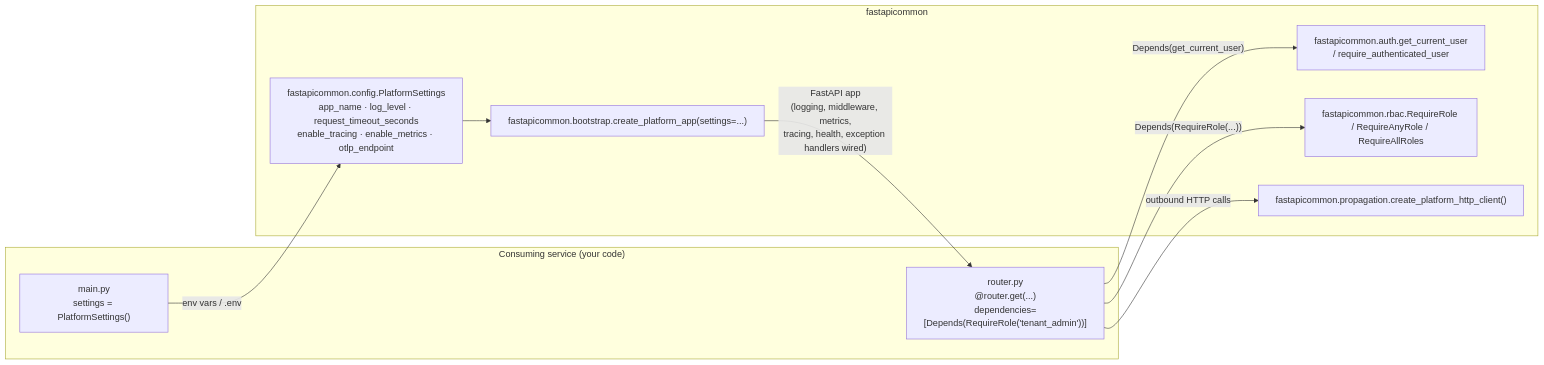
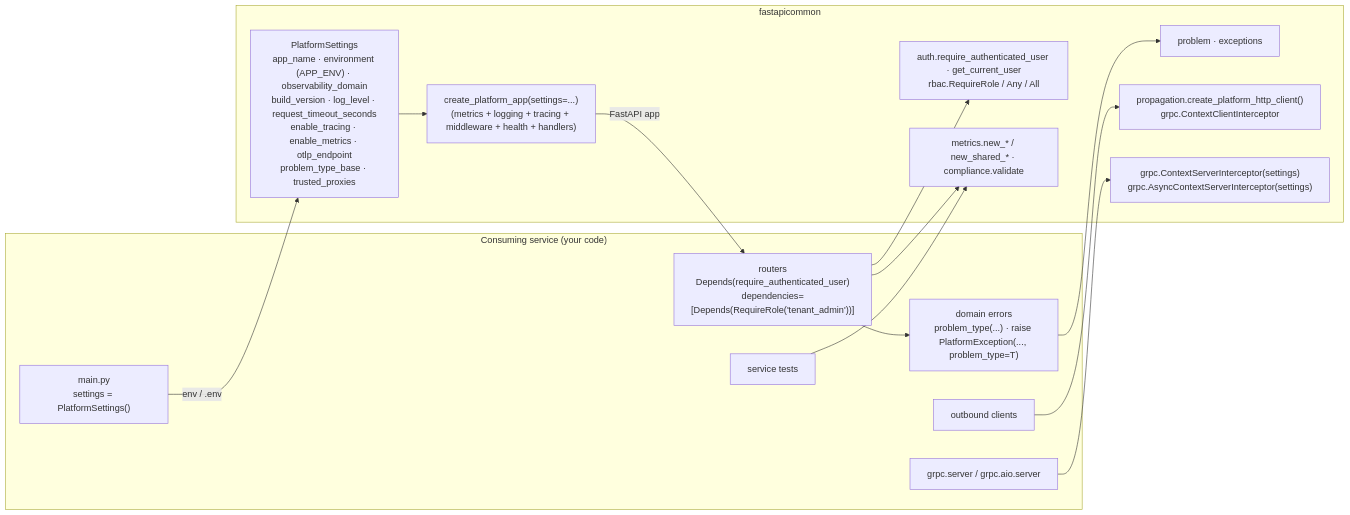
The diagram in docs/architecture/mermaid/consuming-service-wiring.mmd (BCBP-SOLUTIONS-FZC-LLC/platform-fastapicommon), drawn with Mermaid before and after one commit. The commit also changed 141 other files, not shown here.

First line of the commit message:
feat!: align logs, metrics and traces with platform-gincommon v2; CI/CD port; production-readiness fixes (#25)

```diff
--- a/docs/architecture/mermaid/consuming-service-wiring.mmd
+++ b/docs/architecture/mermaid/consuming-service-wiring.mmd
@@ -1,20 +1,30 @@
 graph LR
-    subgraph service["Consuming service (your code)"]
-        main["main.py\nsettings = PlatformSettings()"]
-        routes["router.py\n@router.get(...)\ndependencies=[Depends(RequireRole('tenant_admin'))]"]
+    subgraph svc["Consuming service (your code)"]
+        main["main.py<br/>settings = PlatformSettings()"]
+        routes["routers<br/>Depends(require_authenticated_user)<br/>dependencies=[Depends(RequireRole('tenant_admin'))]"]
+        errs["domain errors<br/>problem_type(...) · raise PlatformException(..., problem_type=T)"]
+        out["outbound clients"]
+        grpcsrv["grpc.server / grpc.aio.server"]
+        tests["service tests"]
     end
 
     subgraph lib["fastapicommon"]
-        settings_cls["fastapicommon.config.PlatformSettings\napp_name · log_level · request_timeout_seconds\nenable_tracing · enable_metrics · otlp_endpoint"]
-        bootstrap["fastapicommon.bootstrap.create_platform_app(settings=...)"]
-        get_user["fastapicommon.auth.get_current_user\n/ require_authenticated_user"]
-        rbac["fastapicommon.rbac.RequireRole / RequireAnyRole / RequireAllRoles"]
-        client["fastapicommon.propagation.create_platform_http_client()"]
+        settings_cls["PlatformSettings<br/>app_name · environment (APP_ENV) · observability_domain<br/>build_version · log_level · request_timeout_seconds<br/>enable_tracing · enable_metrics · otlp_endpoint<br/>problem_type_base · trusted_proxies"]
+        bootstrap["create_platform_app(settings=...)<br/>(metrics + logging + tracing + middleware + health + handlers)"]
+        auth["auth.require_authenticated_user · get_current_user<br/>rbac.RequireRole / Any / All"]
+        prob["problem · exceptions"]
+        client["propagation.create_platform_http_client()<br/>grpc.ContextClientInterceptor"]
+        inter["grpc.ContextServerInterceptor(settings)<br/>grpc.AsyncContextServerInterceptor(settings)"]
+        mx["metrics.new_* / new_shared_* · compliance.validate"]
     end
 
-    main -->|"env vars / .env"| settings_cls
+    main -->|"env / .env"| settings_cls
     settings_cls --> bootstrap
-    bootstrap -->|"FastAPI app\n(logging, middleware, metrics,\ntracing, health, exception handlers wired)"| routes
-    routes -->|"Depends(get_current_user)"| get_user
-    routes -->|"Depends(RequireRole(...))"| rbac
-    routes -->|"outbound HTTP calls"| client
+    bootstrap -->|"FastAPI app"| routes
+    routes --> auth
+    routes --> errs
+    errs --> prob
+    out --> client
+    grpcsrv --> inter
+    routes --> mx
+    tests --> mx
```
